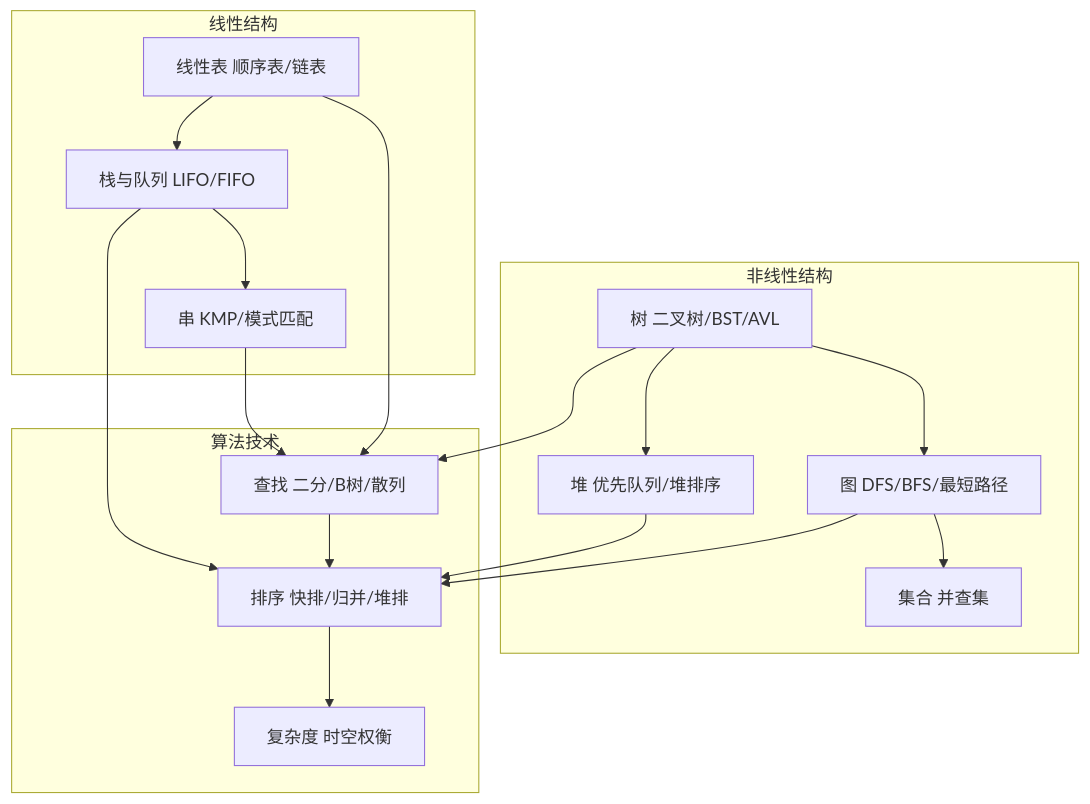
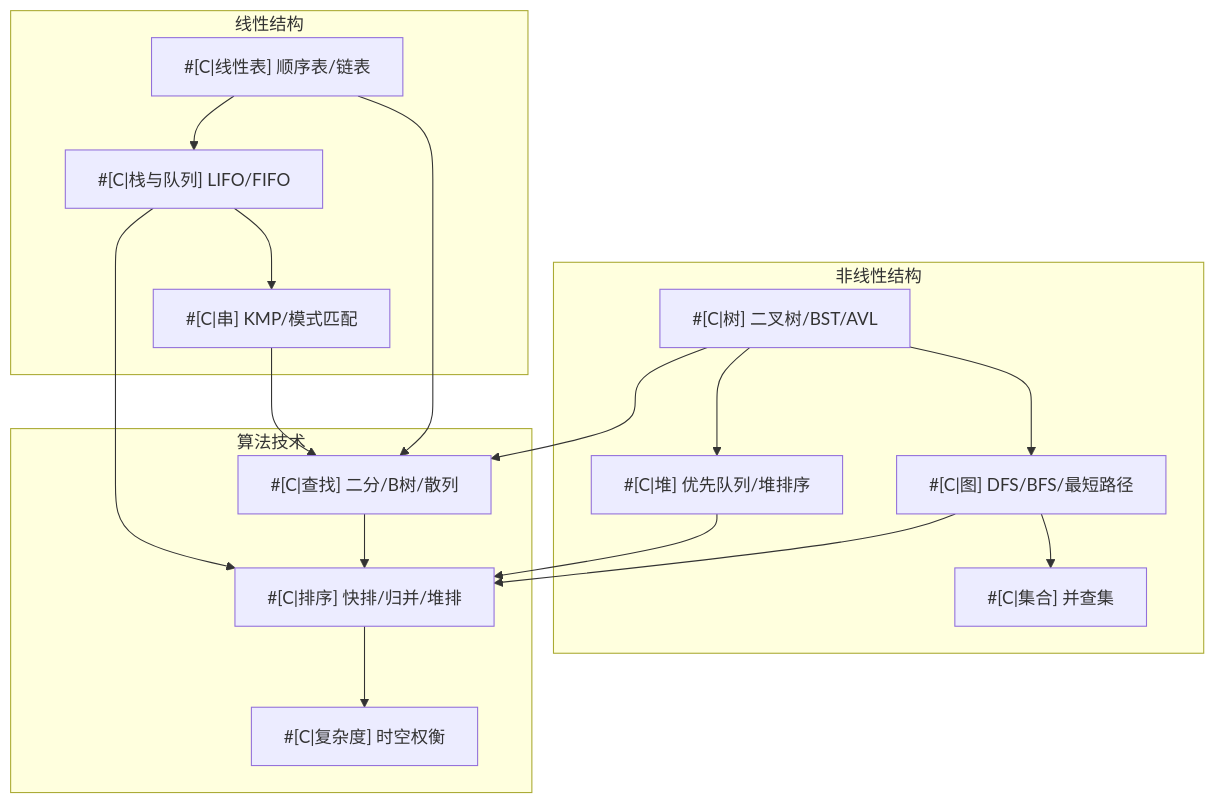
Before and after one commit to AH23333/Blog: the first of 32 diagrams in src/content/philes/volume-1/CS-DS/简易数据结构知识点.md, drawn with Mermaid. The commit also changed other lines of this file and 13 other files, not shown here.

Commit message:
修复mermaid渲染问题，更正skill.md

````diff
--- a/src/content/philes/volume-1/CS-DS/简易数据结构知识点.md
+++ b/src/content/philes/volume-1/CS-DS/简易数据结构知识点.md
@@ -19,25 +19,25 @@
 ```mermaid
 graph TB
     subgraph 线性结构
-        L1[""线性表 顺序表/链表""] --> L2[""栈与队列 LIFO/FIFO""]
-        L2 --> L3[""串 KMP/模式匹配""]
+        L1["#[C|线性表] 顺序表/链表"] --> L2["#[C|栈与队列] LIFO/FIFO"]
+        L2 --> L3["#[C|串] KMP/模式匹配"]
     end
 
     subgraph 非线性结构
-        N1[""树 二叉树/BST/AVL""] --> N2[""图 DFS/BFS/最短路径""]
-        N1 --> N3[""堆 优先队列/堆排序""]
-        N2 --> N4["集合 并查集"]
+        N1["#[C|树] 二叉树/BST/AVL"] --> N2["#[C|图] DFS/BFS/最短路径"]
+        N1 --> N3["#[C|堆] 优先队列/堆排序"]
+        N2 --> N4["#[C|集合] 并查集"]
     end
 
     subgraph 算法技术
-        A1[""查找 二分/B树/散列""] --> A2[""排序 快排/归并/堆排""]
-        A2 --> A3["复杂度 时空权衡"]
+        A1["#[C|查找] 二分/B树/散列"] --> A2["#[C|排序] 快排/归并/堆排"]
+        A2 --> A3["#[C|复杂度] 时空权衡"]
     end
 
     L1 --> A1
     L2 --> A2
     L3 --> A1
     N1 --> A1
     N2 --> A2
     N3 --> A2
 ```
````
